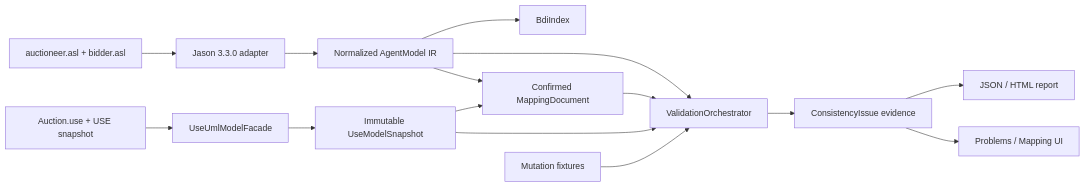
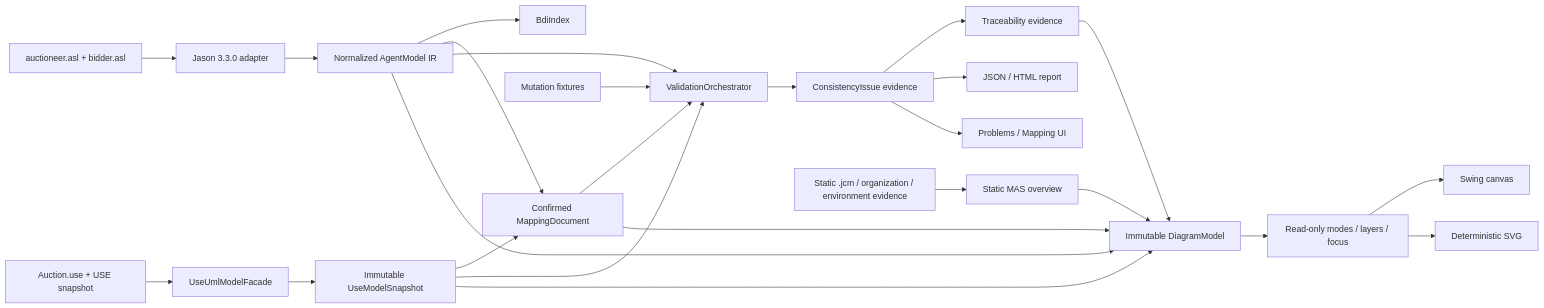
Before and after one commit to nguyentrungnghia1802/USE_BDI_Plugin: the diagram in docs/project/evidence/auction-architecture.mmd, drawn with Mermaid. The commit also changed 9 other files, not shown here.

Commit message:
docs(diagram): formalize graphical viewpoints

```diff
--- a/docs/project/evidence/auction-architecture.mmd
+++ b/docs/project/evidence/auction-architecture.mmd
@@ -1,15 +1,25 @@
 flowchart LR
     ASL[auctioneer.asl + bidder.asl] --> J[Jason 3.3.0 adapter]
     J --> IR[Normalized AgentModel IR]
     IR --> IDX[BdiIndex]
     UML[Auction.use + USE snapshot] --> F[UseUmlModelFacade]
     F --> SNAP[Immutable UseModelSnapshot]
     IR --> MAP[Confirmed MappingDocument]
     SNAP --> MAP
     IR --> V[ValidationOrchestrator]
     MAP --> V
     SNAP --> V
     V --> ISS[ConsistencyIssue evidence]
+    IR --> DM[Immutable DiagramModel]
+    MAP --> DM
+    SNAP --> DM
+    ISS --> TRACE[Traceability evidence]
+    TRACE --> DM
+    DM --> VP[Read-only modes / layers / focus]
+    VP --> SWING[Swing canvas]
+    VP --> SVG[Deterministic SVG]
     ISS --> R[JSON / HTML report]
     ISS --> UI[Problems / Mapping UI]
     M[Mutation fixtures] --> V
+    STATIC[Static .jcm / organization / environment evidence] --> MAS[Static MAS overview]
+    MAS --> DM
```
